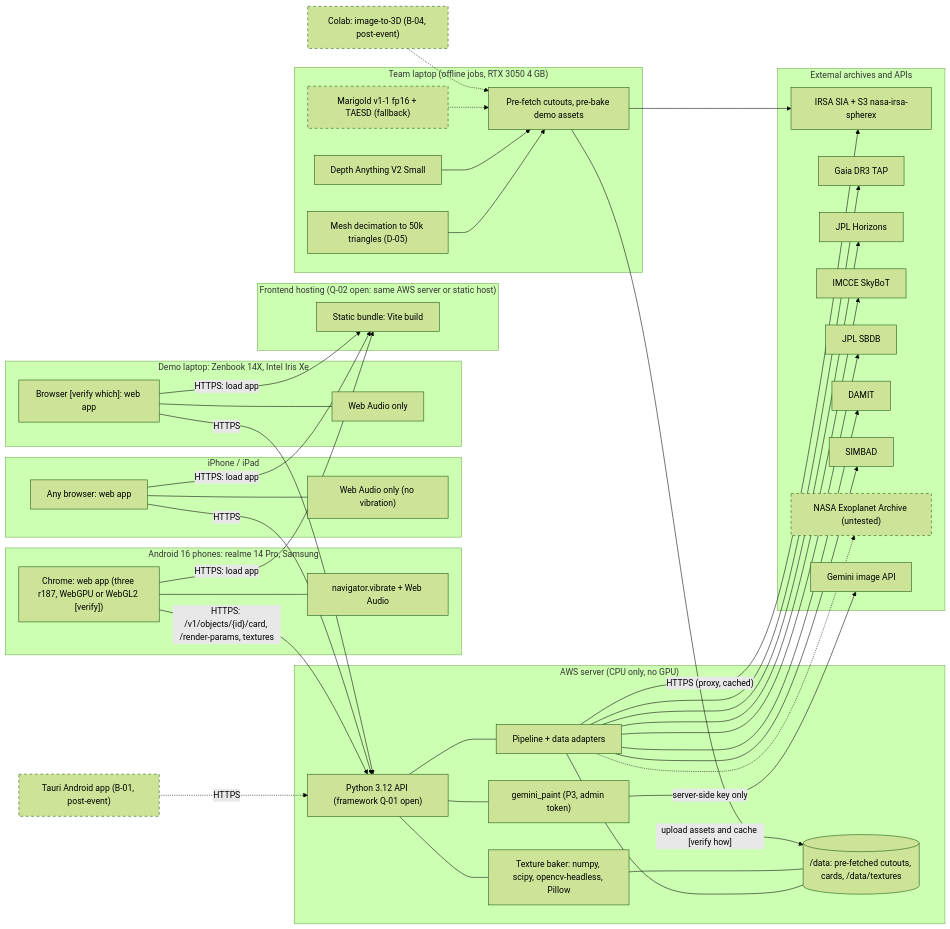
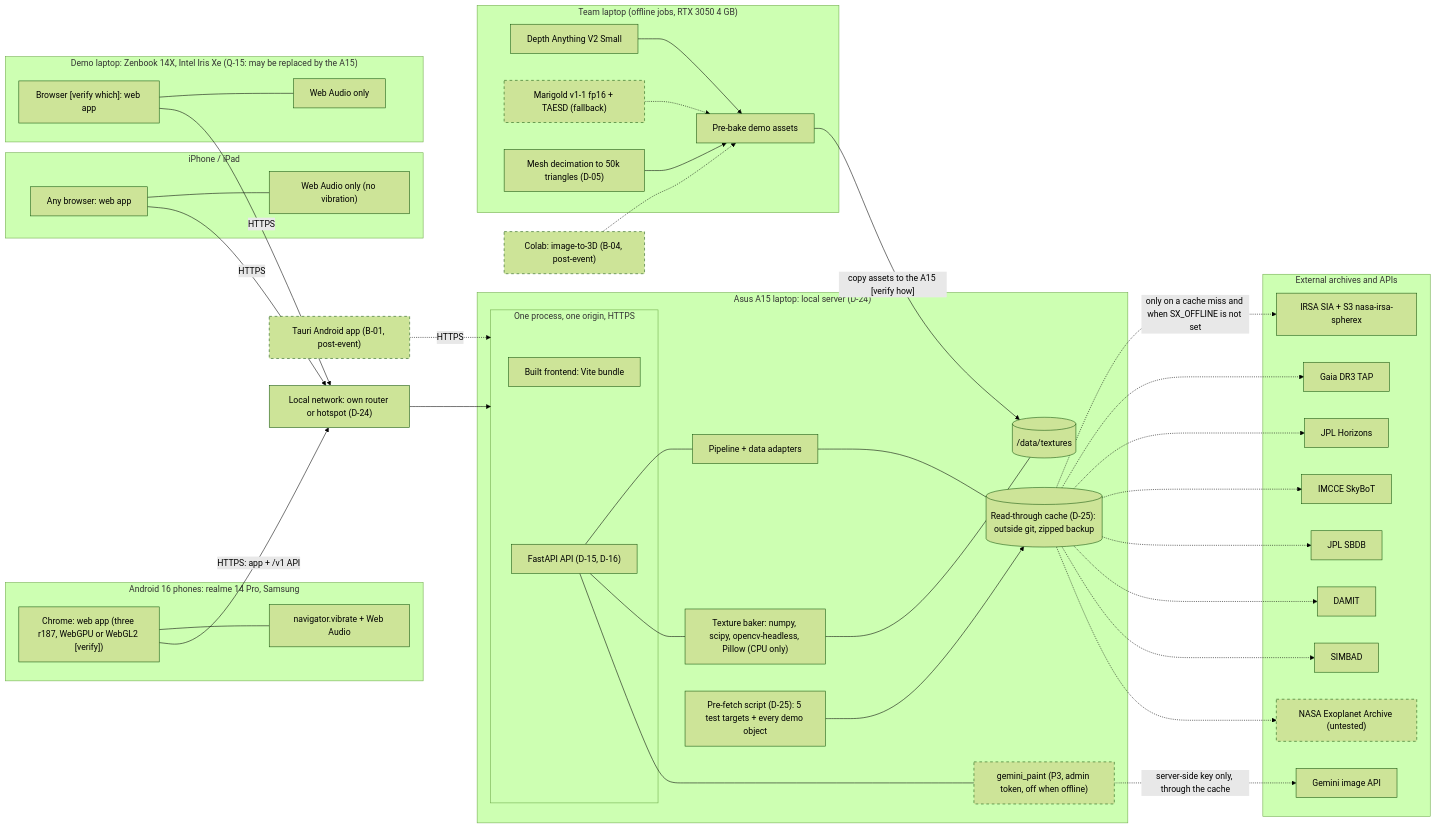
Before and after one commit to 0ffrian/SphereX: the diagram in docs/uml/03-deployment.md, drawn with Mermaid (forest theme). The commit also changed other lines of this file and 41 other files, not shown here.

First line of the commit message:
Record decisions D-14 to D-29 and sync specs, UML and CLAUDE.md

````diff
--- a/docs/uml/03-deployment.md
+++ b/docs/uml/03-deployment.md
@@ -16,34 +16,38 @@
     Safari --- AudioOnly1
   end
 
-  subgraph Laptop["Demo laptop: Zenbook 14X, Intel Iris Xe"]
+  subgraph Laptop["Demo laptop: Zenbook 14X, Intel Iris Xe (Q-15: may be replaced by the A15)"]
     LaptopBrowser["Browser [verify which]: web app"]
     AudioOnly2["Web Audio only"]
     LaptopBrowser --- AudioOnly2
   end
 
-  subgraph Hosting["Frontend hosting (Q-02 open: same AWS server or static host)"]
-    Bundle["Static bundle: Vite build"]
-  end
+  LAN["Local network: own router or hotspot (D-24)"]
 
-  subgraph AWS["AWS server (CPU only, no GPU)"]
-    PyAPI["Python 3.12 API (framework Q-01 open)"]
+  subgraph A15["Asus A15 laptop: local server (D-24)"]
+    subgraph Origin["One process, one origin, HTTPS"]
+      Bundle["Built frontend: Vite bundle"]
+      PyAPI["FastAPI API (D-15, D-16)"]
+    end
     PipelineN["Pipeline + data adapters"]
-    BakerN["Texture baker: numpy, scipy, opencv-headless, Pillow"]
-    GemN["gemini_paint (P3, admin token)"]
-    DataDir[("/data: pre-fetched cutouts, cards, /data/textures")]
+    BakerN["Texture baker: numpy, scipy, opencv-headless, Pillow (CPU only)"]
+    GemN["gemini_paint (P3, admin token, off when offline)"]
+    Cache[("Read-through cache (D-25): outside git, zipped backup")]
+    Textures[("/data/textures")]
+    PreFetch["Pre-fetch script (D-25): 5 test targets + every demo object"]
     PyAPI --- PipelineN
     PyAPI --- BakerN
     PyAPI --- GemN
-    PipelineN --- DataDir
-    BakerN --- DataDir
+    PipelineN --- Cache
+    BakerN --- Textures
+    PreFetch --> Cache
   end
 
   subgraph TeamLaptop["Team laptop (offline jobs, RTX 3050 4 GB)"]
     DepthAny["Depth Anything V2 Small"]
     Marigold["Marigold v1-1 fp16 + TAESD (fallback)"]
     Decimate["Mesh decimation to 50k triangles (D-05)"]
-    Prebake["Pre-fetch cutouts, pre-bake demo assets"]
+    Prebake["Pre-bake demo assets"]
   end
 
   subgraph Archives["External archives and APIs"]
@@ -61,32 +65,29 @@
   Tauri["Tauri Android app (B-01, post-event)"]
   Colab["Colab: image-to-3D (B-04, post-event)"]
 
-  Chrome -->|"HTTPS: load app"| Bundle
-  Safari -->|"HTTPS: load app"| Bundle
-  LaptopBrowser -->|"HTTPS: load app"| Bundle
-  Chrome -->|"HTTPS: /v1/objects/{id}/card, /render-params, textures"| PyAPI
-  Safari -->|"HTTPS"| PyAPI
-  LaptopBrowser -->|"HTTPS"| PyAPI
+  Chrome -->|"HTTPS: app + /v1 API"| LAN
+  Safari -->|"HTTPS"| LAN
+  LaptopBrowser -->|"HTTPS"| LAN
+  LAN --> Origin
 
-  PipelineN -->|"HTTPS (proxy, cached)"| IRSA
-  PipelineN --> Gaia
-  PipelineN --> Horizons
-  PipelineN --> SkyBoT
-  PipelineN --> SBDB
-  PipelineN --> DAMIT
-  PipelineN --> SIMBAD
-  PipelineN -.-> Exo
-  GemN -->|"server-side key only"| GeminiAPI
+  Cache -.->|"only on a cache miss and when SX_OFFLINE is not set"| IRSA
+  Cache -.-> Gaia
+  Cache -.-> Horizons
+  Cache -.-> SkyBoT
+  Cache -.-> SBDB
+  Cache -.-> DAMIT
+  Cache -.-> SIMBAD
+  Cache -.-> Exo
+  GemN -.->|"server-side key only, through the cache"| GeminiAPI
 
-  Prebake -->|"upload assets and cache [verify how]"| DataDir
+  Prebake -->|"copy assets to the A15 [verify how]"| Textures
   Decimate --> Prebake
   DepthAny --> Prebake
   Marigold -.-> Prebake
-  Prebake --> IRSA
 
-  Tauri -.->|"HTTPS"| PyAPI
+  Tauri -.->|"HTTPS"| Origin
   Colab -.-> Prebake
 
   classDef post stroke-dasharray: 5 5
-  class Tauri,Colab,Marigold,Exo post
+  class Tauri,Colab,Marigold,Exo,GemN post
 ```
````
